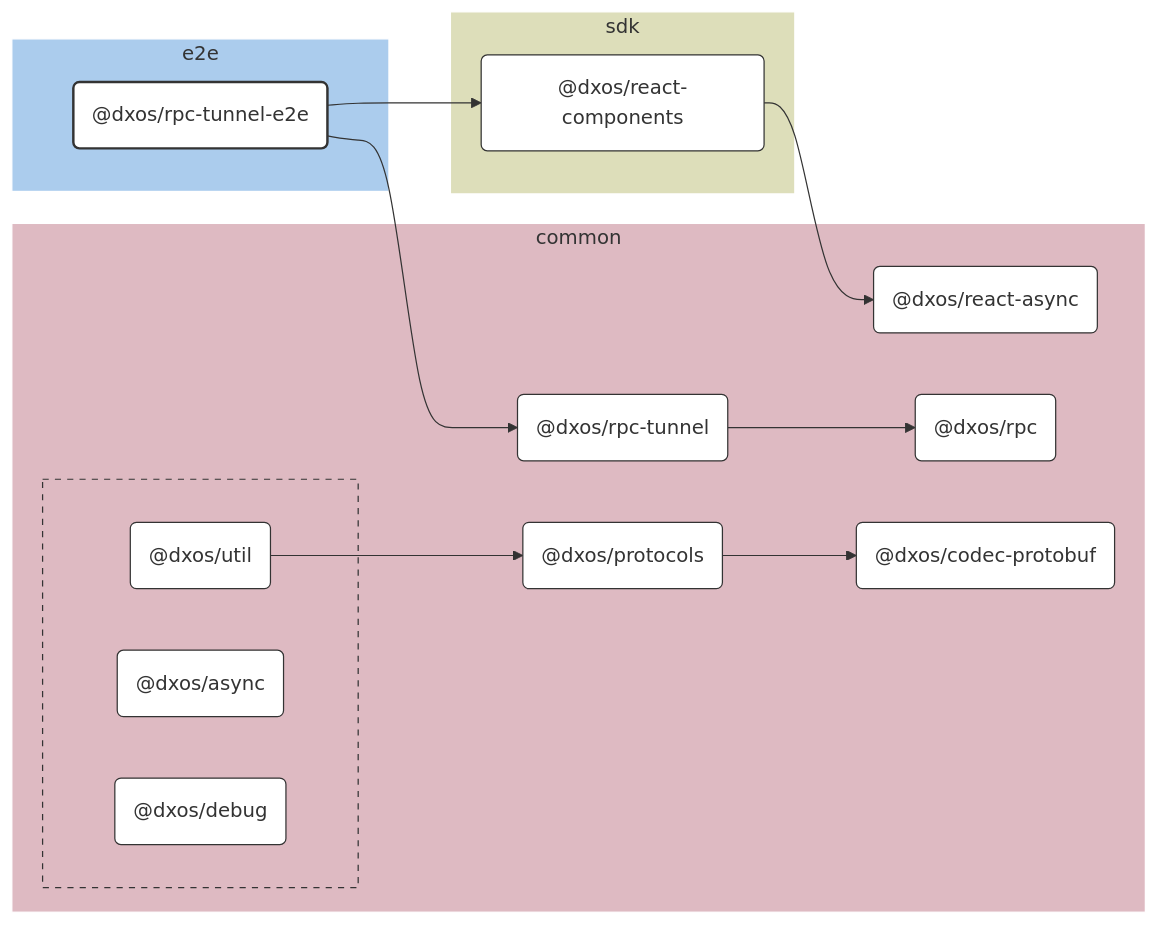
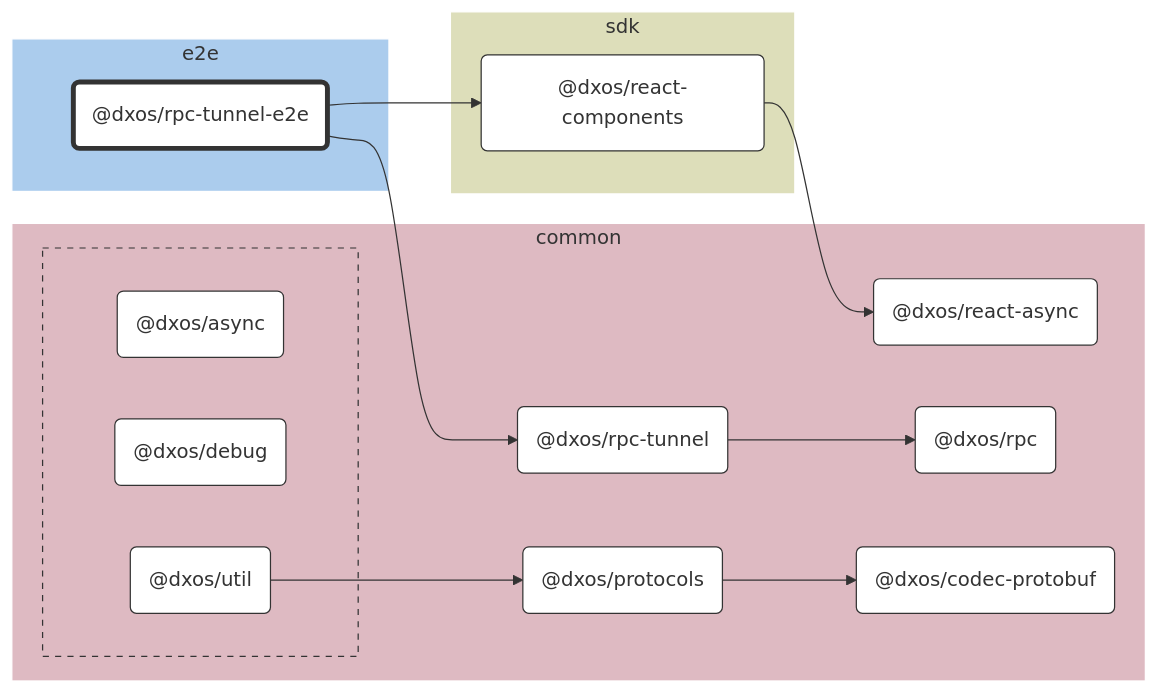
Before and after one commit to dxos/dxos: the diagram in e2e/rpc-tunnel/docs/README.md, drawn with Mermaid. The commit also changed 104 other files, not shown here.

````diff
--- a/e2e/rpc-tunnel/docs/README.md
+++ b/e2e/rpc-tunnel/docs/README.md
@@ -7,73 +7,56 @@
 ```mermaid
 %%{ init: {'flowchart':{'curve':'basis'}} }%%
 
 flowchart LR
 
-%% Links
-dxos/protocols --> dxos/codec-protobuf;
-dxos/react-components --> dxos/react-async;
-dxos/rpc-tunnel --> dxos/rpc;
-dxos/rpc-tunnel-e2e --> dxos/react-components;
-dxos/rpc-tunnel-e2e --> dxos/rpc-tunnel;
-dxos/util --> dxos/protocols;
+%% Classes
+classDef def fill:#fff,stroke:#333,stroke-width:1px
+classDef root fill:#fff,stroke:#333,stroke-width:4px
 
-%% Sections
-subgraph e2e
-  style e2e fill:#abcced,stroke:#fff;
+%% Nodes
 
-  dxos/rpc-tunnel-e2e("@dxos/rpc-tunnel-e2e")
+subgraph e2e [e2e]
+  style e2e fill:#abcced,stroke:#fff
+  dxos/rpc-tunnel-e2e("@dxos/rpc-tunnel-e2e"):::root
+  click dxos/rpc-tunnel-e2e "dxos/dxos/tree/main/e2e/rpc-tunnel/docs"
 end
 
-subgraph common
-  style common fill:#debac2,stroke:#fff;
-
-  dxos/codec-protobuf("@dxos/codec-protobuf")
-  dxos/protocols("@dxos/protocols")
-  dxos/react-async("@dxos/react-async")
-  dxos/rpc("@dxos/rpc")
-  dxos/rpc-tunnel("@dxos/rpc-tunnel")
+subgraph common [common]
+  style common fill:#debac2,stroke:#fff
+  dxos/codec-protobuf("@dxos/codec-protobuf"):::def
+  click dxos/codec-protobuf "dxos/dxos/tree/main/packages/common/codec-protobuf/docs"
+  dxos/protocols("@dxos/protocols"):::def
+  click dxos/protocols "dxos/dxos/tree/main/packages/common/protocols/docs"
+  dxos/react-async("@dxos/react-async"):::def
+  click dxos/react-async "dxos/dxos/tree/main/packages/common/react-async/docs"
+  dxos/rpc("@dxos/rpc"):::def
+  click dxos/rpc "dxos/dxos/tree/main/packages/common/rpc/docs"
+  dxos/rpc-tunnel("@dxos/rpc-tunnel"):::def
+  click dxos/rpc-tunnel "dxos/dxos/tree/main/packages/common/rpc-tunnel/docs"
 
   subgraph common-excluded [ ]
-    style common-excluded fill:#debac2,stroke:#333,stroke-dasharray:5 5;
-
-    dxos/async("@dxos/async")
-    dxos/debug("@dxos/debug")
-    dxos/util("@dxos/util")
+    style common-excluded fill:#debac2,stroke:#333,stroke-dasharray:5 5
+    dxos/async("@dxos/async"):::def
+    click dxos/async "dxos/dxos/tree/main/packages/common/async/docs"
+    dxos/debug("@dxos/debug"):::def
+    click dxos/debug "dxos/dxos/tree/main/packages/common/debug/docs"
+    dxos/util("@dxos/util"):::def
+    click dxos/util "dxos/dxos/tree/main/packages/common/util/docs"
   end
 end
 
-subgraph sdk
-  style sdk fill:#dddeba,stroke:#fff;
-
-  dxos/react-components("@dxos/react-components")
+subgraph sdk [sdk]
+  style sdk fill:#dddeba,stroke:#fff
+  dxos/react-components("@dxos/react-components"):::def
+  click dxos/react-components "dxos/dxos/tree/main/packages/sdk/react-components/docs"
 end
 
-
-%% Hyperlinks
-click dxos/async "dxos/dxos/tree/main/packages/common/async/docs";
-click dxos/codec-protobuf "dxos/dxos/tree/main/packages/common/codec-protobuf/docs";
-click dxos/debug "dxos/dxos/tree/main/packages/common/debug/docs";
-click dxos/protocols "dxos/dxos/tree/main/packages/common/protocols/docs";
-click dxos/react-async "dxos/dxos/tree/main/packages/common/react-async/docs";
-click dxos/react-components "dxos/dxos/tree/main/packages/sdk/react-components/docs";
-click dxos/rpc "dxos/dxos/tree/main/packages/common/rpc/docs";
-click dxos/rpc-tunnel "dxos/dxos/tree/main/packages/common/rpc-tunnel/docs";
-click dxos/util "dxos/dxos/tree/main/packages/common/util/docs";
-
-%% Styles
-classDef rootNode fill:#fff,stroke:#333,stroke-width:2px
-classDef defaultNode fill:#fff,stroke:#333,stroke-width:1px
+%% Links
 linkStyle default stroke:#333,stroke-width:1px
-
-dxos/rpc-tunnel-e2e:::rootNode
-
-dxos/async:::defaultNode
-dxos/codec-protobuf:::defaultNode
-dxos/debug:::defaultNode
-dxos/protocols:::defaultNode
-dxos/react-async:::defaultNode
-dxos/react-components:::defaultNode
-dxos/rpc:::defaultNode
-dxos/rpc-tunnel:::defaultNode
-dxos/util:::defaultNode
+dxos/protocols --> dxos/codec-protobuf
+dxos/rpc-tunnel-e2e --> dxos/react-components
+dxos/react-components --> dxos/react-async
+dxos/util --> dxos/protocols
+dxos/rpc-tunnel-e2e --> dxos/rpc-tunnel
+dxos/rpc-tunnel --> dxos/rpc
 ```
````
